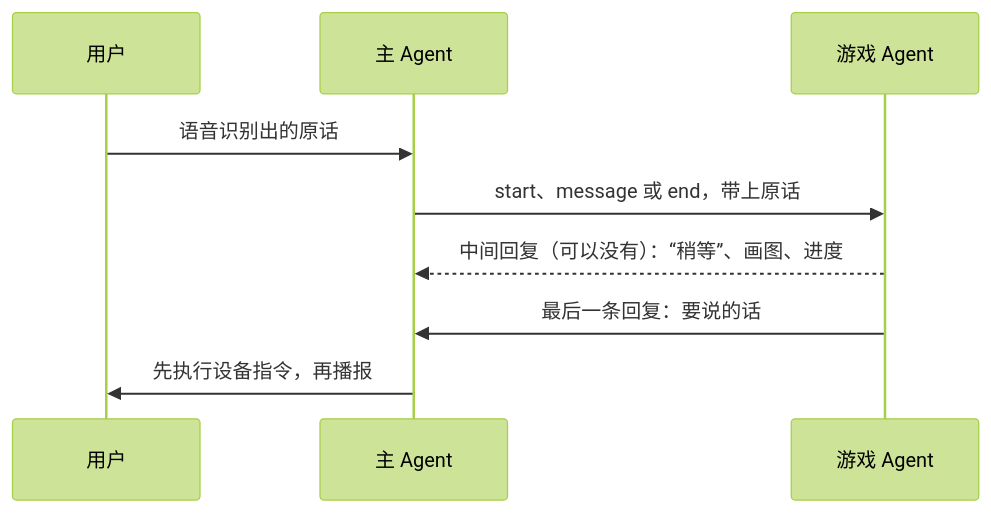
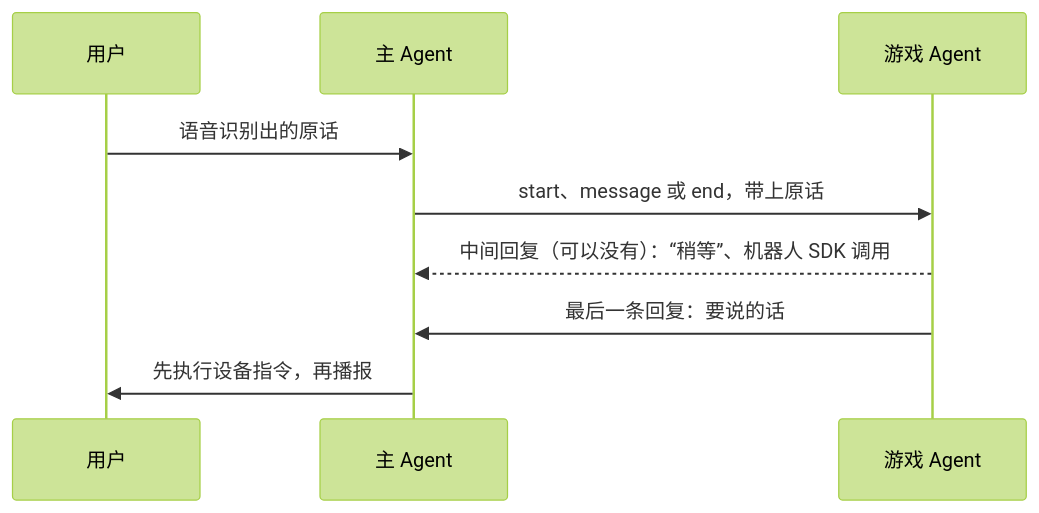
Before and after one commit to left0ver/agentcade: the diagram in docs/game-development.md, drawn with Mermaid (forest theme). The commit also changed other lines of this file and 21 other files, not shown here.

````diff
--- a/docs/game-development.md
+++ b/docs/game-development.md
@@ -21,11 +21,11 @@
 ```mermaid
 sequenceDiagram
     participant U as 用户
     participant M as 主 Agent
     participant G as 游戏 Agent
     U->>M: 语音识别出的原话
     M->>G: start、message 或 end，带上原话
-    G-->>M: 中间回复（可以没有）：“稍等”、画图、进度
+    G-->>M: 中间回复（可以没有）：“稍等”、机器人 SDK 调用
     G->>M: 最后一条回复：要说的话
     M->>U: 先执行设备指令，再播报
 ```
````
